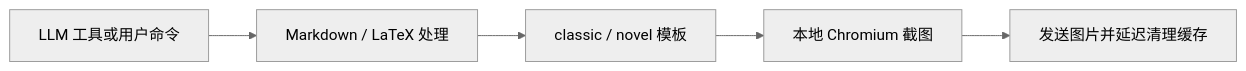
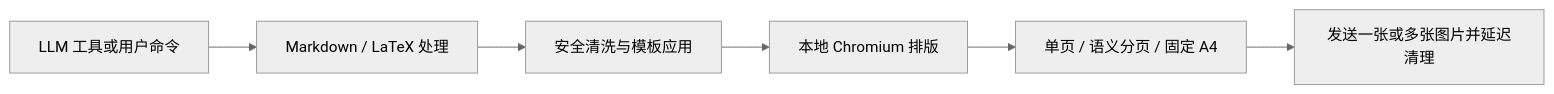
The diagram in README.md (6TBWhite/astrbot_plugin_latex_render), drawn with Mermaid (neutral theme) before and after one commit. The commit also changed other lines of this file and 28 other files, not shown here.

````diff
--- a/README.md
+++ b/README.md
@@ -43,7 +78,8 @@
 ```mermaid
 flowchart LR
     A["LLM 工具或用户命令"] --> B["Markdown / LaTeX 处理"]
-    B --> C["classic / novel 模板"]
-    C --> D["本地 Chromium 截图"]
-    D --> E["发送图片并延迟清理缓存"]
+    B --> C["安全清洗与模板应用"]
+    C --> D["本地 Chromium 排版"]
+    D --> E["单页 / 语义分页 / 固定 A4"]
+    E --> F["发送一张或多张图片并延迟清理"]
 ```
````
